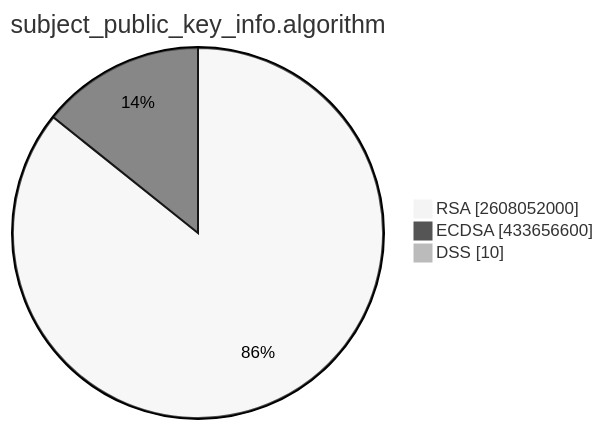
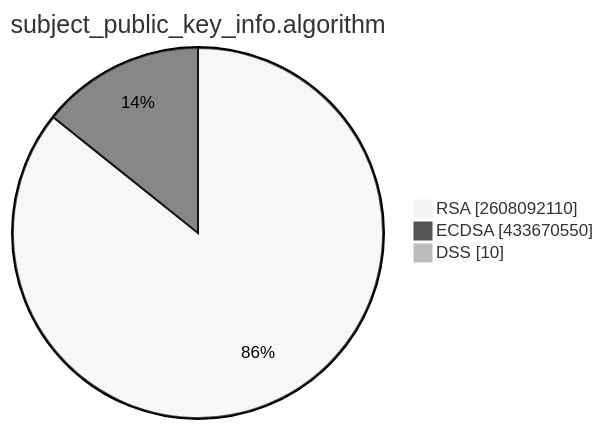
The second of 15 diagrams in TOTAL/README.md (christiankrug/ctmonitor_visualization), drawn with Mermaid (neutral theme) before and after one commit. The commit also changed other lines of this file, not shown here.

````diff
--- a/TOTAL/README.md
+++ b/TOTAL/README.md
@@ -6,7 +6,7 @@
 ```mermaid
 pie showData
 title subject_public_key_info.algorithm
-"RSA" :2608052000
-"ECDSA" :433656600
+"RSA" :2608092110
+"ECDSA" :433670550
 "DSS" :10
 ```
````
